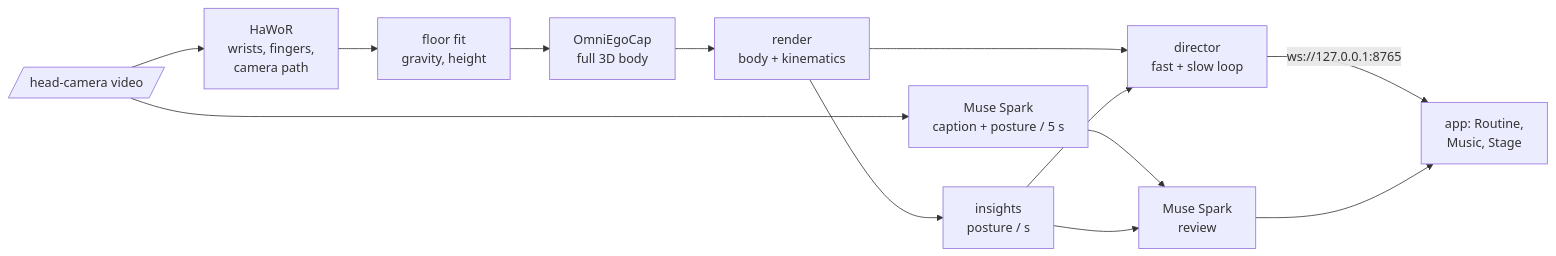
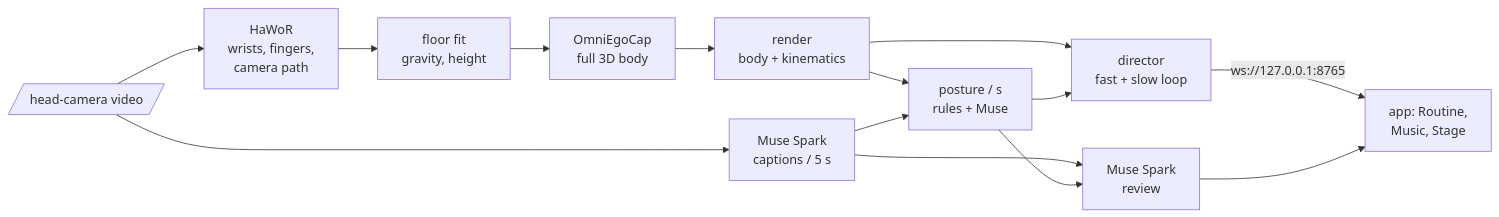
Before and after one commit to nshreyasvi/LifeLens: the diagram in README.md, drawn with Mermaid. The commit also changed other lines of this file and 1 other file, not shown here.

First line of the commit message:
README: check every claim against the code; director: Muse captions only when the run has them

````diff
--- a/README.md
+++ b/README.md
@@ -70,13 +74,13 @@
 ```mermaid
 flowchart LR
   V[/head-camera video/] --> H[HaWoR<br/>wrists, fingers,<br/>camera path]
   H --> F[floor fit<br/>gravity, height]
   F --> O[OmniEgoCap<br/>full 3D body]
   O --> R[render<br/>body + kinematics]
-  V --> M[Muse Spark<br/>caption + posture / 5 s]
-  R --> I[insights<br/>posture / s]
+  V --> M[Muse Spark<br/>captions / 5 s]
+  R & M --> I[posture / s<br/>rules + Muse]
   M & I --> T[Muse Spark<br/>review]
   R & I --> D[director<br/>fast + slow loop]
   D -->|ws://127.0.0.1:8765| UI[app: Routine,<br/>Music, Stage]
   T --> UI
 ```
````
